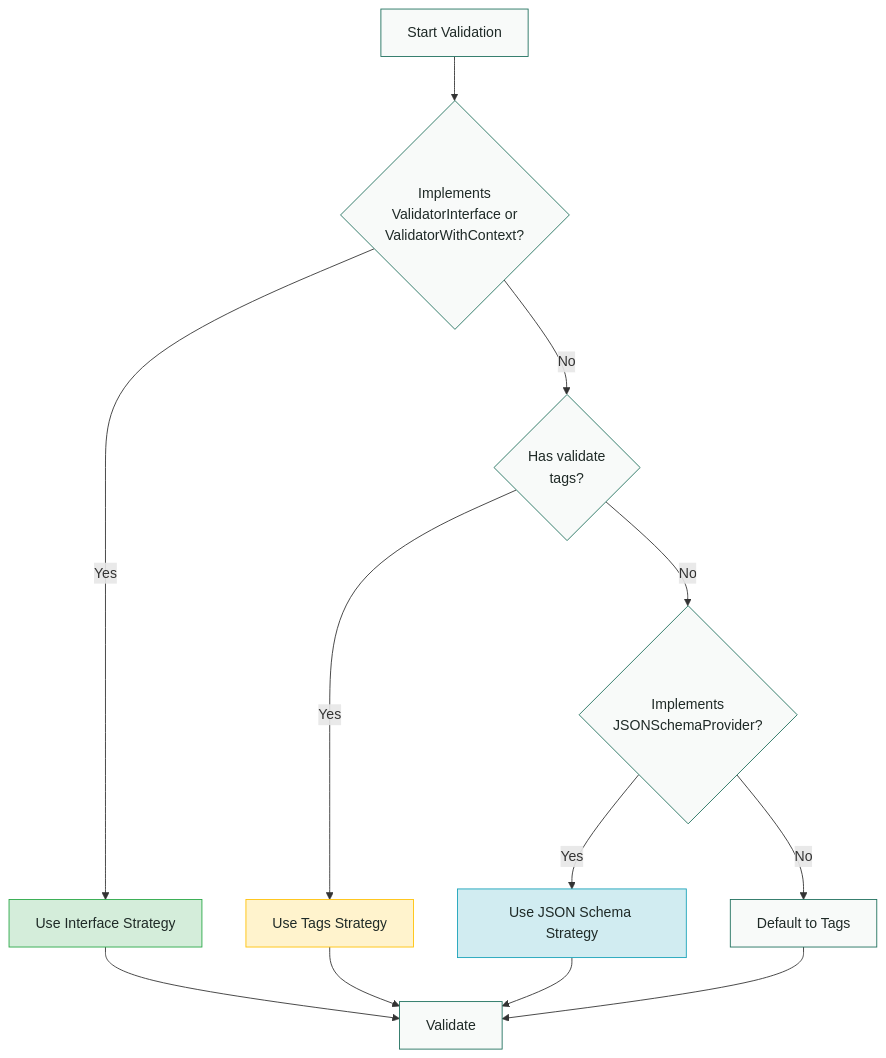
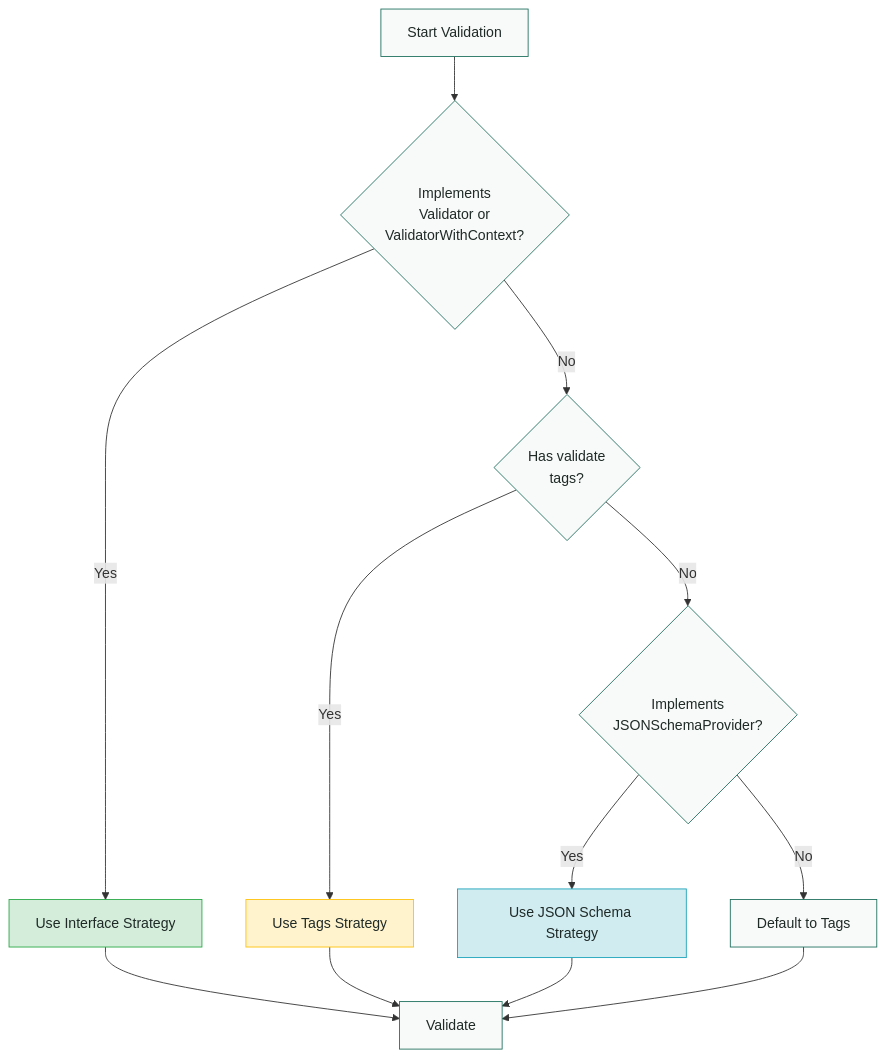
One commit to rivaas-dev/docs changed the diagram in content/en/docs/reference/packages/validation/strategies.md. Above: the diagram before and after it, drawn with Mermaid. The commit also changed other lines of this file and 4 other files, not shown here.

First line of the commit message:
Refactor validation interface documentation

````diff
--- a/content/en/docs/reference/packages/validation/strategies.md
+++ b/content/en/docs/reference/packages/validation/strategies.md
@@ -121,23 +121,23 @@
 ```mermaid
 graph TD
-    Start[Start Validation] --> CheckInterface{Implements<br/>ValidatorInterface or<br/>ValidatorWithContext?}
+    Start[Start Validation] --> CheckInterface{Implements<br/>Validator or<br/>ValidatorWithContext?}
     
     CheckInterface -->|Yes| UseInterface[Use Interface Strategy]:::success
     CheckInterface -->|No| CheckTags{Has validate<br/>tags?}
     
     CheckTags -->|Yes| UseTags[Use Tags Strategy]:::warning
     CheckTags -->|No| CheckSchema{Implements<br/>JSONSchemaProvider?}
     
     CheckSchema -->|Yes| UseSchema[Use JSON Schema Strategy]:::info
     CheckSchema -->|No| DefaultTags[Default to Tags]
     
     UseInterface --> Done[Validate]
     UseTags --> Done
     UseSchema --> Done
     DefaultTags --> Done
     
     classDef default fill:#F8FAF9,stroke:#1E6F5C,color:#1F2A27
     classDef info fill:#D1ECF1,stroke:#17A2B8,color:#1F2A27
     classDef success fill:#D4EDDA,stroke:#28A745,color:#1F2A27
     classDef warning fill:#FFF3CD,stroke:#FFC107,color:#1F2A27
 ```
````
